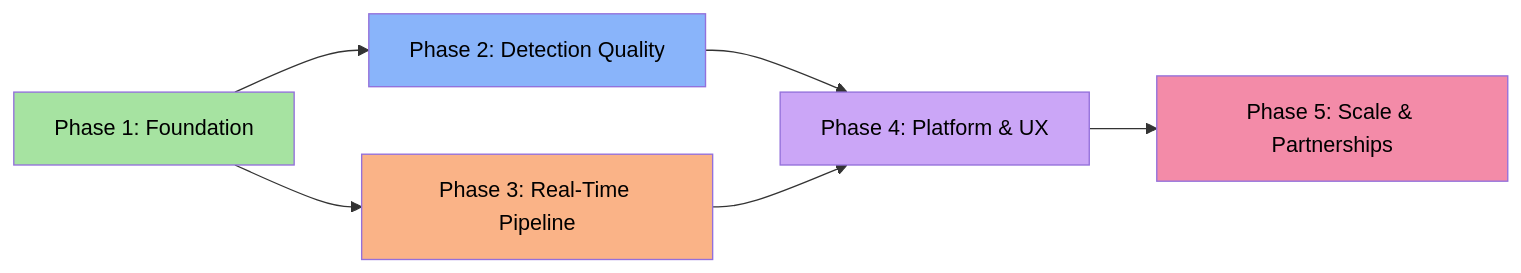
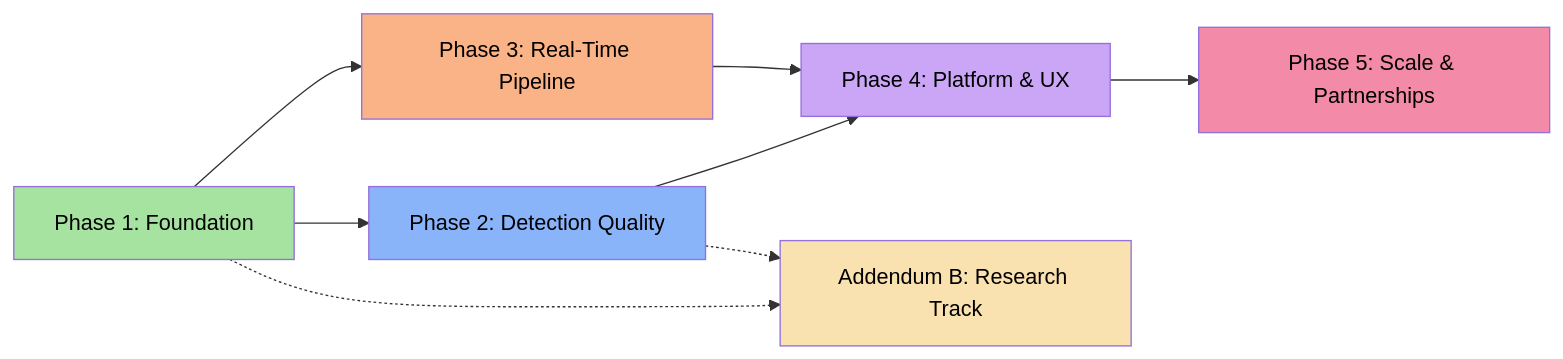
Before and after one commit to SysAdminDoc/CallShield: the diagram in ROADMAP.md, drawn with Mermaid. The commit also changed other lines of this file and 18 other files, not shown here.

````diff
--- a/ROADMAP.md
+++ b/ROADMAP.md
@@ -7,14 +19,17 @@
 ```mermaid
 graph LR
     P1[Phase 1: Foundation] --> P2[Phase 2: Detection Quality]
     P1 --> P3[Phase 3: Real-Time Pipeline]
     P2 --> P4[Phase 4: Platform & UX]
     P3 --> P4
     P4 --> P5[Phase 5: Scale & Partnerships]
+    P1 -.-> AB[Addendum B: Research Track]
+    P2 -.-> AB
 
     style P1 fill:#a6e3a1,color:#000
     style P2 fill:#89b4fa,color:#000
     style P3 fill:#fab387,color:#000
     style P4 fill:#cba6f7,color:#000
     style P5 fill:#f38ba8,color:#000
+    style AB fill:#f9e2af,color:#000
 ```
````
